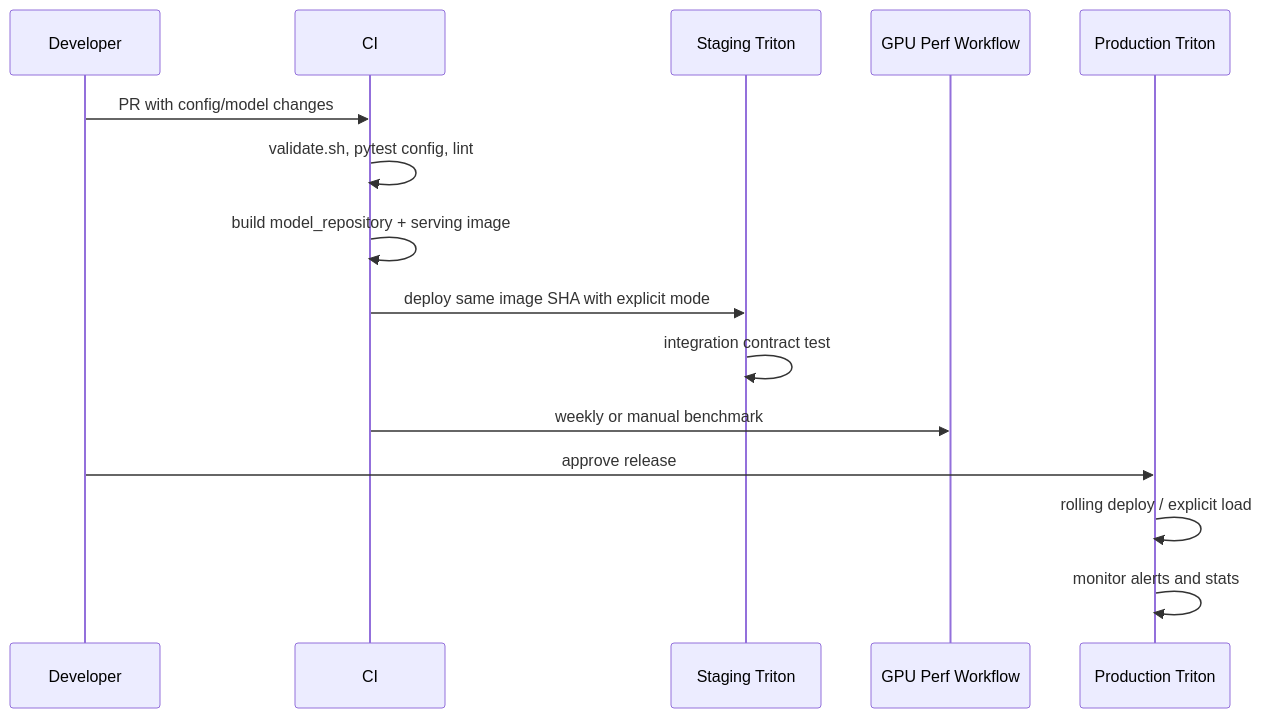
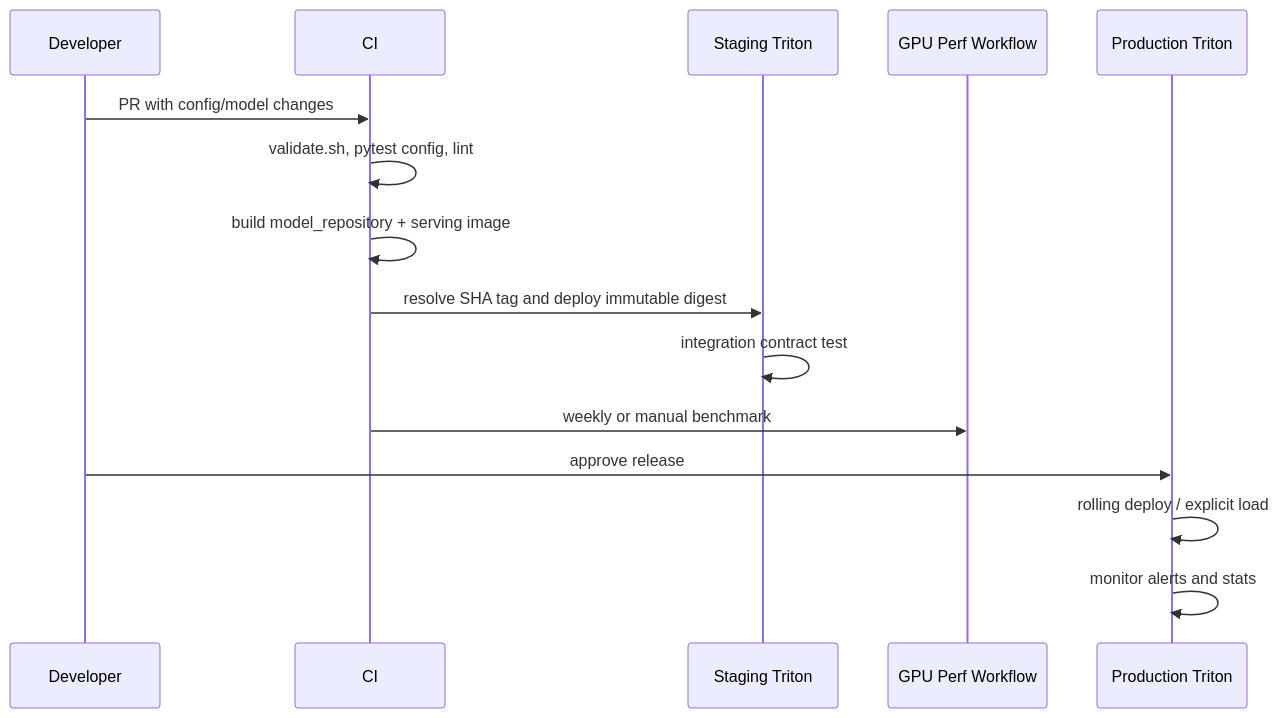
One commit to jaejungscene/triton-infer-server-handbook changed the diagram in docs/production-adoption.md. Above: the diagram before and after it, drawn with Mermaid. The commit also changed other lines of this file and 5 other files, not shown here.

````diff
--- a/docs/production-adoption.md
+++ b/docs/production-adoption.md
@@ -58,17 +58,17 @@
 ```mermaid
 sequenceDiagram
     participant Dev as Developer
     participant CI as CI
     participant Stg as Staging Triton
     participant Perf as GPU Perf Workflow
     participant Prod as Production Triton
     Dev->>CI: PR with config/model changes
     CI->>CI: validate.sh, pytest config, lint
     CI->>CI: build model_repository + serving image
-    CI->>Stg: deploy same image SHA with explicit mode
+    CI->>Stg: resolve SHA tag and deploy immutable digest
     Stg->>Stg: integration contract test
     CI->>Perf: weekly or manual benchmark
     Dev->>Prod: approve release
     Prod->>Prod: rolling deploy / explicit load
     Prod->>Prod: monitor alerts and stats
 ```
````
